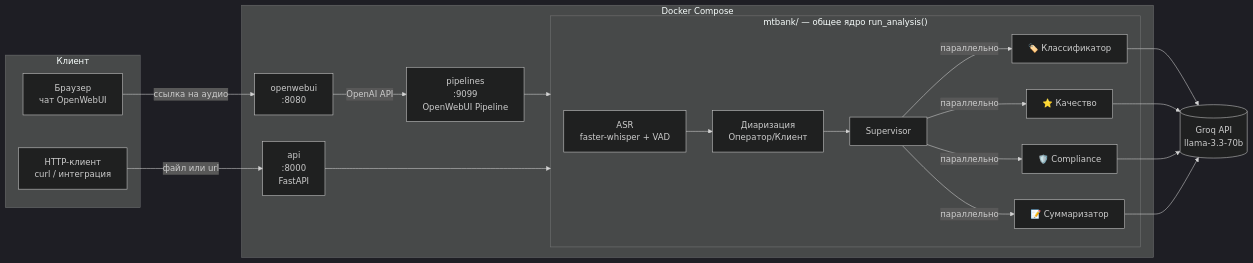
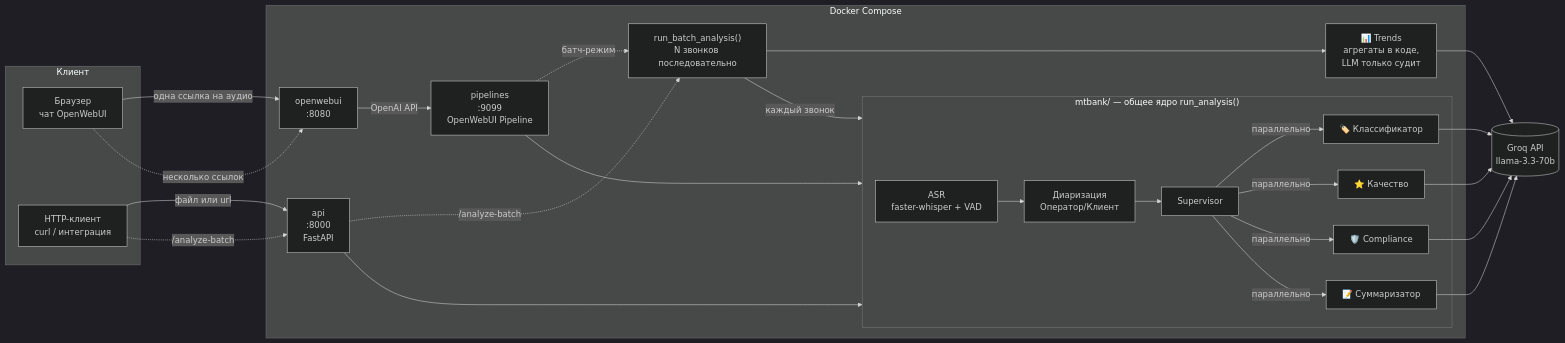
The diagram in README.md (ib0gdan/speech-analytics), drawn with Mermaid (dark theme) before and after one commit. The commit also changed other lines of this file, not shown here.

First line of the commit message:
docs: document the trends agent, /analyze-batch, and measured test count

````diff
--- a/README.md
+++ b/README.md
@@ -49,34 +50,44 @@
 ```mermaid
 flowchart LR
     subgraph Клиент
         UI[Браузер<br/>чат OpenWebUI]
         CURL[HTTP-клиент<br/>curl / интеграция]
     end
 
     subgraph Docker Compose
         OW[openwebui<br/>:8080]
         PL[pipelines<br/>:9099<br/>OpenWebUI Pipeline]
         API[api<br/>:8000<br/>FastAPI]
 
         subgraph CORE["mtbank/ — общее ядро run_analysis()"]
             ASR[ASR<br/>faster-whisper + VAD]
             DIA[Диаризация<br/>Оператор/Клиент]
             SUP[Supervisor]
             A1[🏷️ Классификатор]
             A2[⭐ Качество]
             A3[🛡️ Compliance]
             A4[📝 Суммаризатор]
         end
+
+        BATCH["run_batch_analysis()<br/>N звонков последовательно"]
+        TR["📊 Trends<br/>агрегаты в коде,<br/>LLM только судит"]
     end
 
     GROQ[(Groq API<br/>llama-3.3-70b)]
 
-    UI -->|ссылка на аудио| OW
+    UI -->|одна ссылка на аудио| OW
+    UI -.->|несколько ссылок| OW
     OW -->|OpenAI API| PL
     CURL -->|файл или url| API
+    CURL -.->|/analyze-batch| API
     PL --> CORE
     API --> CORE
+    PL -.->|батч-режим| BATCH
+    API -.->|/analyze-batch| BATCH
+    BATCH -->|каждый звонок| CORE
+    BATCH --> TR
+    TR --> GROQ
     ASR --> DIA --> SUP
     SUP -->|параллельно| A1 & A2 & A3 & A4
     A1 & A2 & A3 & A4 --> GROQ
 ```
````
